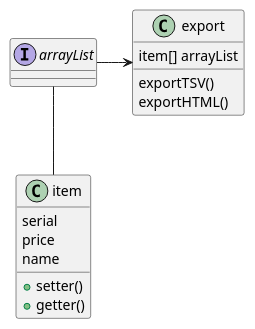
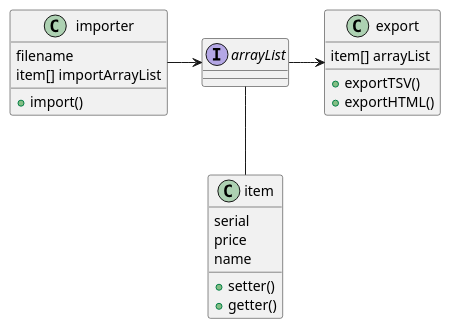
One commit to Sachman19/mishra-0172-a5 changed the diagram in uml/diagram.puml. Above: the diagram before and after it, drawn with PlantUML. The commit also changed 1 other file, not shown here.

```diff
--- a/uml/diagram.puml
+++ b/uml/diagram.puml
@@ -1,27 +1,36 @@
 @startuml
 'https://plantuml.com/class-diagram
 
 
 
 class export
 class item
 interface arrayList
+class importer
 
+importer -> arrayList
 arrayList -- item
 arrayList -> export
 
 class export {
 item[] arrayList
-exportTSV()
-exportHTML()
++exportTSV()
++exportHTML()
 }
 
 class item {
 serial
 price
 name
 +setter()
 +getter()
 }
 
+class importer {
+filename
+item[] importArrayList
++import()
+
+}
+
 @enduml
```
